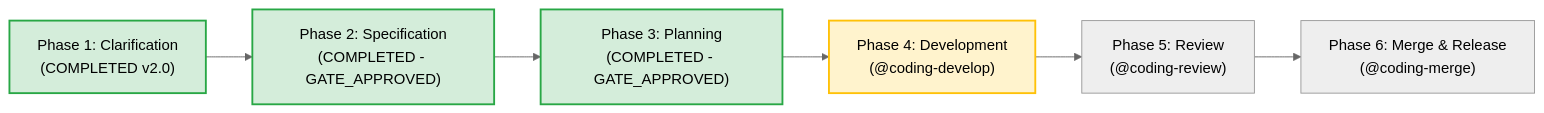
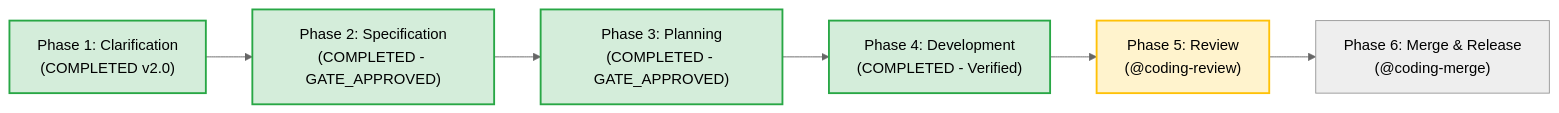
One commit to gpfister/agentic-obsidian changed the fifth of 5 diagrams in features/agent-display-names-and-plugin-renames.md. Above: the diagram before and after it, drawn with Mermaid (neutral theme). The commit also changed other lines of this file and 2 other files, not shown here.

Commit message:
docs(vault): record Phase 4 development execution and test verification

````diff
--- a/features/agent-display-names-and-plugin-renames.md
+++ b/features/agent-display-names-and-plugin-renames.md
@@ -430,13 +426,14 @@
 ```mermaid
 flowchart LR
     P1["Phase 1: Clarification<br/>(COMPLETED v2.0)"] --> P2["Phase 2: Specification<br/>(COMPLETED - GATE_APPROVED)"]
     P2 --> P3["Phase 3: Planning<br/>(COMPLETED - GATE_APPROVED)"]
-    P3 --> P4["Phase 4: Development<br/>(@coding-develop)"]
+    P3 --> P4["Phase 4: Development<br/>(COMPLETED - Verified)"]
     P4 --> P5["Phase 5: Review<br/>(@coding-review)"]
     P5 --> P6["Phase 6: Merge & Release<br/>(@coding-merge)"]
 
     style P1 fill:#d4edda,stroke:#28a745,stroke-width:2px
     style P2 fill:#d4edda,stroke:#28a745,stroke-width:2px
     style P3 fill:#d4edda,stroke:#28a745,stroke-width:2px
-    style P4 fill:#fff3cd,stroke:#ffc107,stroke-width:2px
+    style P4 fill:#d4edda,stroke:#28a745,stroke-width:2px
+    style P5 fill:#fff3cd,stroke:#ffc107,stroke-width:2px
 ```
````
